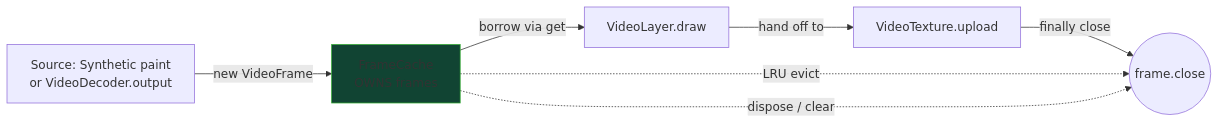
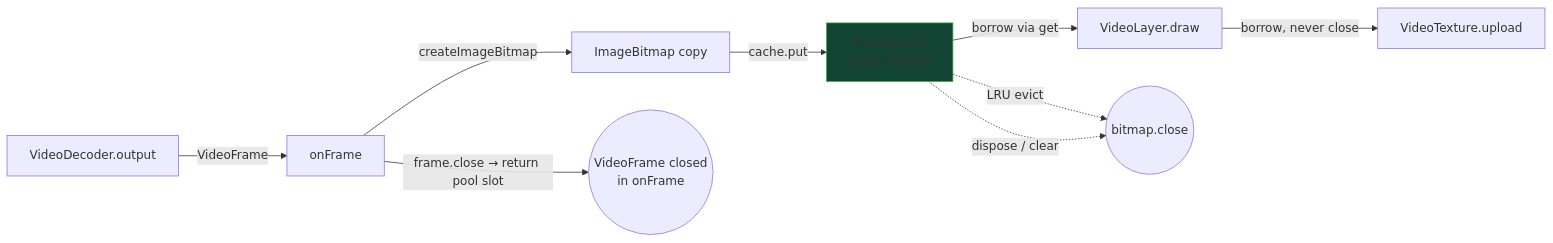
One commit to elahlabs/elah changed diagram 18 of 20 in packages/editor/src/core/renderer/architecture.md. Above: the diagram before and after it, drawn with Mermaid. The commit also changed other lines of this file and 11 other files, not shown here.

````diff
--- a/packages/editor/src/core/renderer/architecture.md
+++ b/packages/editor/src/core/renderer/architecture.md
@@ -796,13 +807,15 @@
 ```mermaid
 flowchart LR
-    A[Source: Synthetic paint<br/>or VideoDecoder.output] -->|new VideoFrame| FC
-    FC[FrameCache<br/>OWNS frames] -->|borrow via get| VL[VideoLayer.draw]
-    VL -->|hand off to| VT[VideoTexture.upload]
-    VT -->|finally close| X((frame.close))
+    A[VideoDecoder.output] -->|VideoFrame| ONF[onFrame]
+    ONF -->|createImageBitmap| COPY[ImageBitmap copy]
+    ONF -->|frame.close → return pool slot| Xd((VideoFrame closed<br/>in onFrame))
+    COPY -->|cache.put| FC[FrameCache<br/>SOLE OWNER]
+    FC -->|borrow via get| VL[VideoLayer.draw]
+    VL -->|borrow, never close| VT[VideoTexture.upload]
 
-    FC -.LRU evict.-> X
+    FC -.LRU evict.-> X((bitmap.close))
     FC -.dispose / clear.-> X
 
     classDef owner fill:#143,stroke:#3a3
     class FC owner
 ```
````
